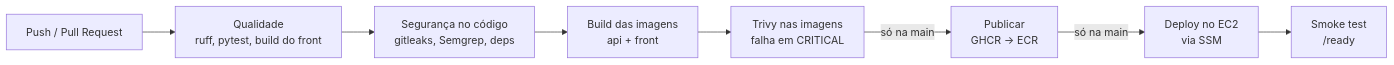
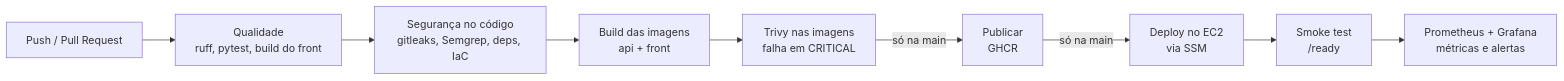
Before and after one commit to rafelms/EduRAG: the diagram in docs/pipeline-plano.md, drawn with Mermaid. The commit also changed other lines of this file and 7 other files, not shown here.

````diff
--- a/docs/pipeline-plano.md
+++ b/docs/pipeline-plano.md
@@ -10,10 +12,11 @@
 ```mermaid
 flowchart LR
     PR[Push / Pull Request] --> Q[Qualidade<br/>ruff, pytest, build do front]
-    Q --> S[Segurança no código<br/>gitleaks, Semgrep, deps]
+    Q --> S[Segurança no código<br/>gitleaks, Semgrep, deps, IaC]
     S --> B[Build das imagens<br/>api + front]
     B --> T[Trivy nas imagens<br/>falha em CRITICAL]
-    T -->|só na main| P[Publicar<br/>GHCR → ECR]
+    T -->|só na main| P[Publicar<br/>GHCR]
     P -->|só na main| D[Deploy no EC2<br/>via SSM]
     D --> SM[Smoke test<br/>/ready]
+    SM --> O[Prometheus + Grafana<br/>métricas e alertas]
 ```
````
